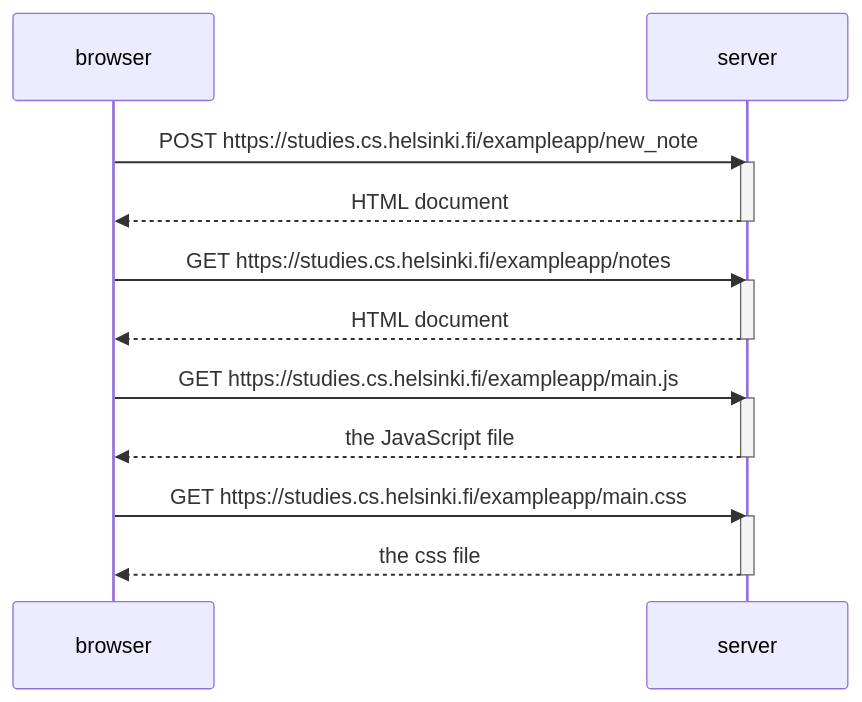
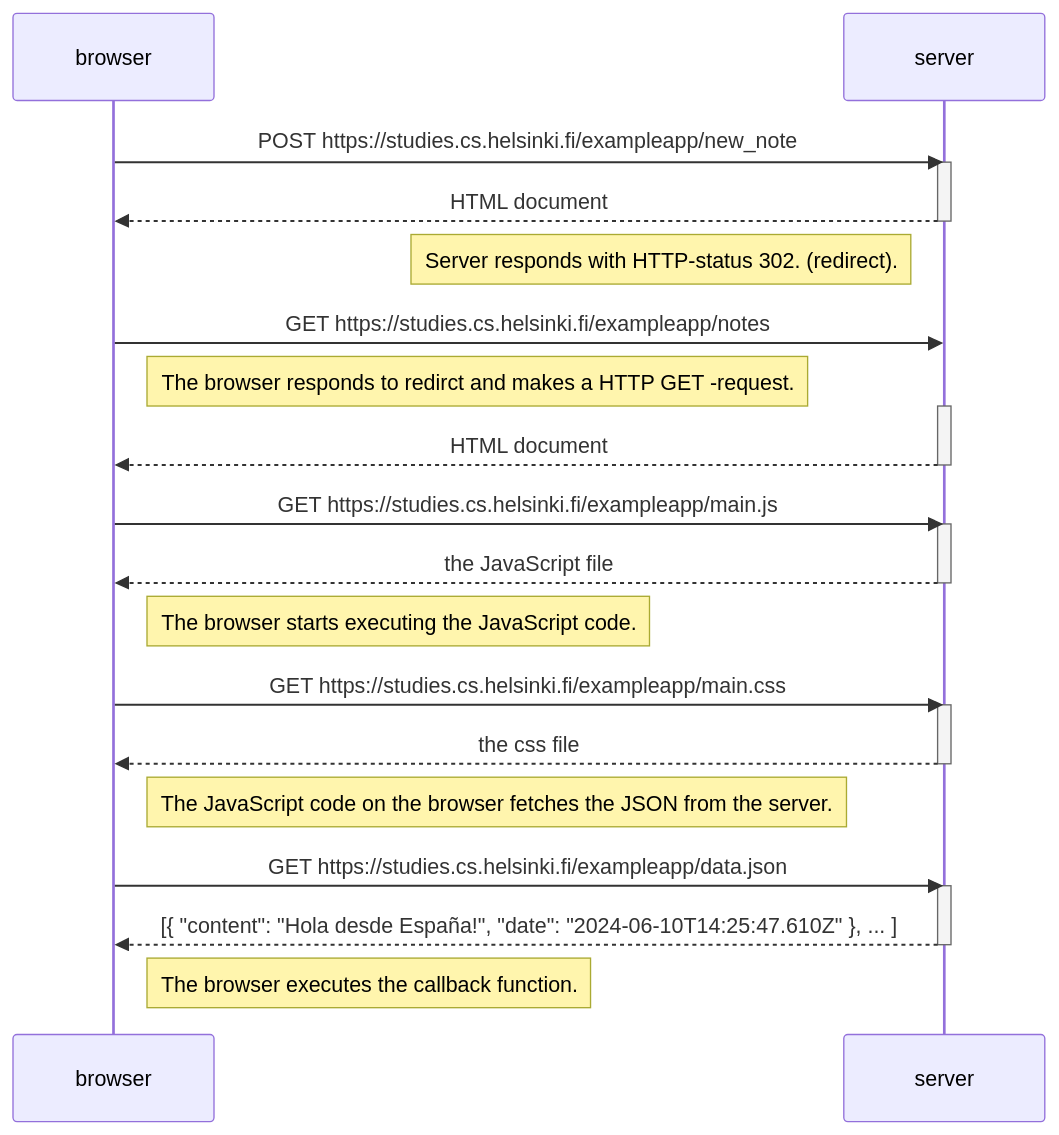
The diagram in Osa0/04_uusimuistiinpano.md (tjvalkonen/FullStackOpen), drawn with Mermaid before and after one commit.

````diff
--- a/Osa0/04_uusimuistiinpano.md
+++ b/Osa0/04_uusimuistiinpano.md
@@ -1,25 +1,37 @@
 ```mermaid
 sequenceDiagram
     participant browser
     participant server
 
     browser->>server: POST https://studies.cs.helsinki.fi/exampleapp/new_note
     activate server
     server-->>browser: HTML document
     deactivate server
 
+Note left of server: Server responds with HTTP-status 302. (redirect).
+
     browser->>server: GET https://studies.cs.helsinki.fi/exampleapp/notes
+Note right of browser: The browser responds to redirct and makes a HTTP GET -request.
     activate server
     server-->>browser: HTML document
     deactivate server
 
     browser->>server: GET https://studies.cs.helsinki.fi/exampleapp/main.js
     activate server
     server-->>browser: the JavaScript file
     deactivate server
+Note right of browser: The browser starts executing the JavaScript code.
 
     browser->>server: GET https://studies.cs.helsinki.fi/exampleapp/main.css
     activate server
     server-->>browser: the css file
     deactivate server
+
+Note right of browser: The JavaScript code on the browser fetches the JSON from the server.
+    browser->>server: GET https://studies.cs.helsinki.fi/exampleapp/data.json
+    activate server
+    server-->>browser: [{ "content": "Hola desde España!", "date": "2024-06-10T14:25:47.610Z" }, ... ]
+    deactivate server
+
+Note right of browser: The browser executes the callback function.
 ```
````
